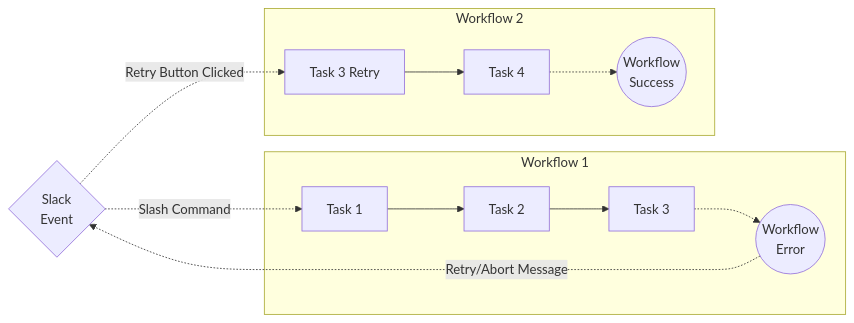
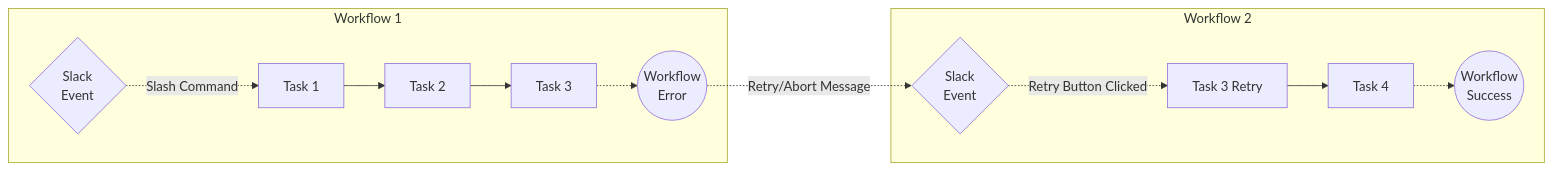
Before and after one commit to autokitteh/kittehub: the diagram in task_chain/README.md, drawn with Mermaid. The commit also changed other lines of this file, not shown here.

Commit message:
Flowchart tweak

````diff
--- a/task_chain/README.md
+++ b/task_chain/README.md
@@ -18,23 +19,23 @@
 ```mermaid
 flowchart LR
-    slack{"`Slack
+    slack1{"`Slack
+    Event`"}
+    slack2{"`Slack
     Event`"}
     task1[Task 1]
     task2[Task 2]
     task3a[Task 3]
     task3b[Task 3 Retry]
     task4[Task 4]
     error(("`Workflow
     Error`"))
     success(("`Workflow
     Success`"))
-    slack -. Slash Command .-> task1
-    error -. Retry/Abort Message .-> slack
-    slack -. Retry Button Clicked .-> task3b
     subgraph Workflow 1
-    task1 --> task2 --> task3a -.-> error
+    slack1 -. Slash Command .-> task1 --> task2 --> task3a -.-> error
     end
     subgraph Workflow 2
-    task3b --> task4 -.-> success
+    slack2 -. Retry Button Clicked .-> task3b --> task4 -.-> success
     end
+    error -. Retry/Abort Message .-> slack2
 ```
````
